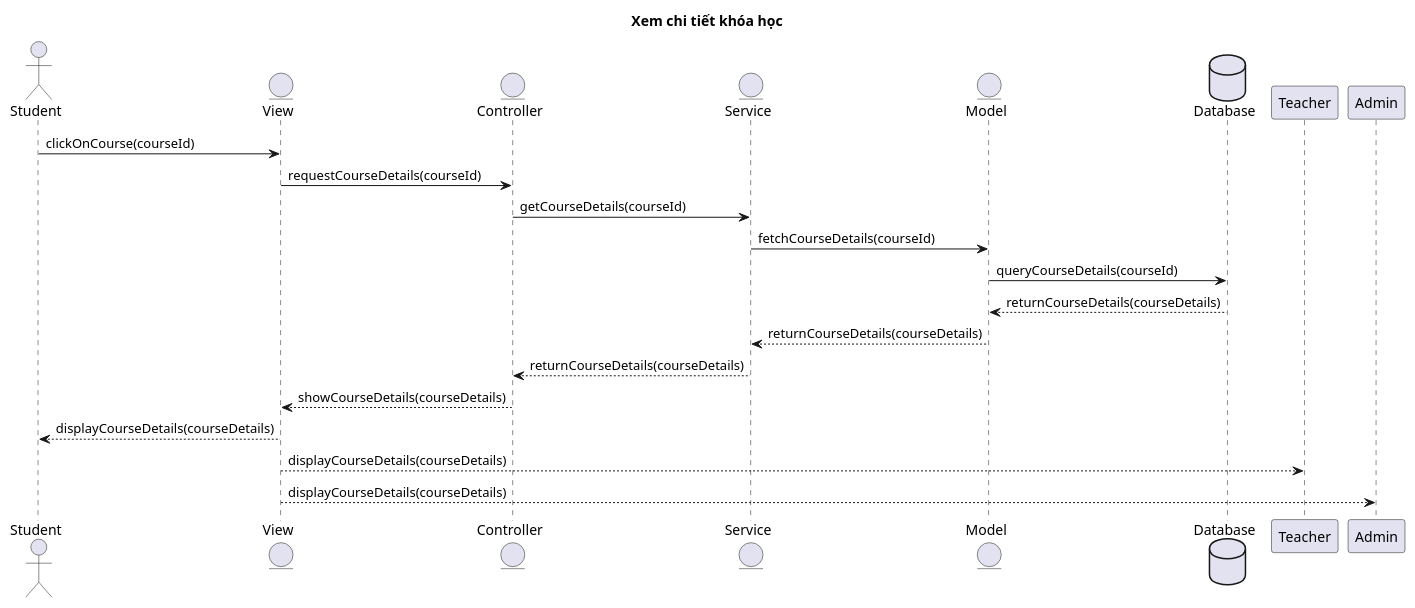
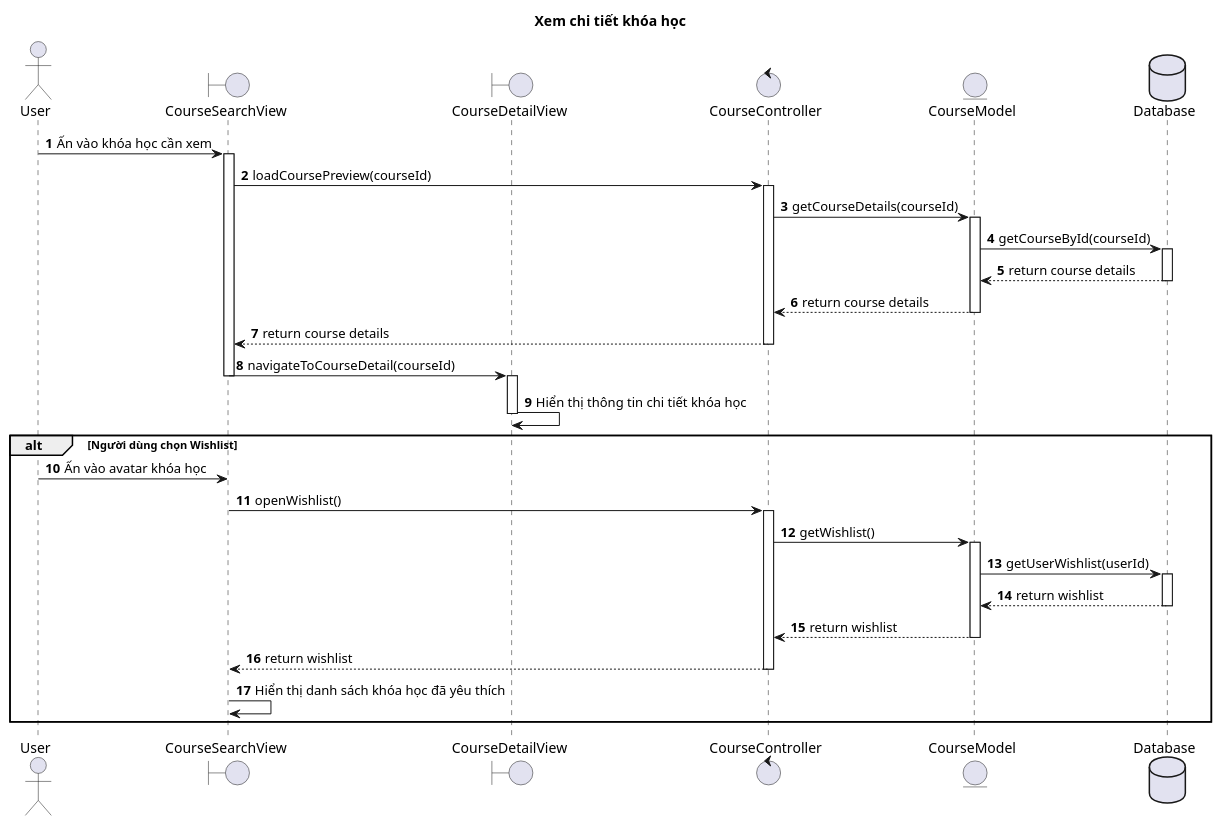
The diagram in sequence-diagram/UC_006 Xem chi tiết khóa học.puml (UniversityWeb/easy-english-be), drawn with PlantUML before and after one commit. The commit also changed 13 other files, not shown here.

```diff
--- a/sequence-diagram/UC_006 Xem chi tiết khóa học.puml
+++ b/sequence-diagram/UC_006 Xem chi tiết khóa học.puml
@@ -1,25 +1,52 @@
 @startuml
 title Xem chi tiết khóa học
 
-actor Student
-entity View
-entity Controller
-entity Service
-entity Model
+autonumber
+
+actor User
+boundary CourseSearchView
+boundary CourseDetailView
+control CourseController
+entity CourseModel
 database Database
 
-Student -> View : clickOnCourse(courseId)
+User -> CourseSearchView : Ấn vào khóa học cần xem
+activate CourseSearchView
+CourseSearchView -> CourseController : loadCoursePreview(courseId)
+activate CourseController
 
-View -> Controller : requestCourseDetails(courseId)
-Controller -> Service : getCourseDetails(courseId)
-Service -> Model : fetchCourseDetails(courseId)
-Model -> Database : queryCourseDetails(courseId)
-Database --> Model : returnCourseDetails(courseDetails)
-Model --> Service : returnCourseDetails(courseDetails)
-Service --> Controller : returnCourseDetails(courseDetails)
-Controller --> View : showCourseDetails(courseDetails)
-View --> Student : displayCourseDetails(courseDetails)
-View --> Teacher : displayCourseDetails(courseDetails)
-View --> Admin : displayCourseDetails(courseDetails)
+CourseController -> CourseModel : getCourseDetails(courseId)
+activate CourseModel
+CourseModel -> Database : getCourseById(courseId)
+activate Database
+Database --> CourseModel : return course details
+deactivate Database
+CourseModel --> CourseController : return course details
+deactivate CourseModel
+
+CourseController --> CourseSearchView : return course details
+deactivate CourseController
+CourseSearchView -> CourseDetailView : navigateToCourseDetail(courseId)
+deactivate CourseSearchView
+activate CourseDetailView
+CourseDetailView -> CourseDetailView : Hiển thị thông tin chi tiết khóa học
+deactivate CourseDetailView
+
+alt Người dùng chọn Wishlist
+    User -> CourseSearchView : Ấn vào avatar khóa học
+    CourseSearchView -> CourseController : openWishlist()
+    activate CourseController
+    CourseController -> CourseModel : getWishlist()
+    activate CourseModel
+    CourseModel -> Database : getUserWishlist(userId)
+    activate Database
+    Database --> CourseModel : return wishlist
+    deactivate Database
+    CourseModel --> CourseController : return wishlist
+    deactivate CourseModel
+    CourseController --> CourseSearchView : return wishlist
+    deactivate CourseController
+    CourseSearchView -> CourseSearchView : Hiển thị danh sách khóa học đã yêu thích
+end
 
 @enduml
```
